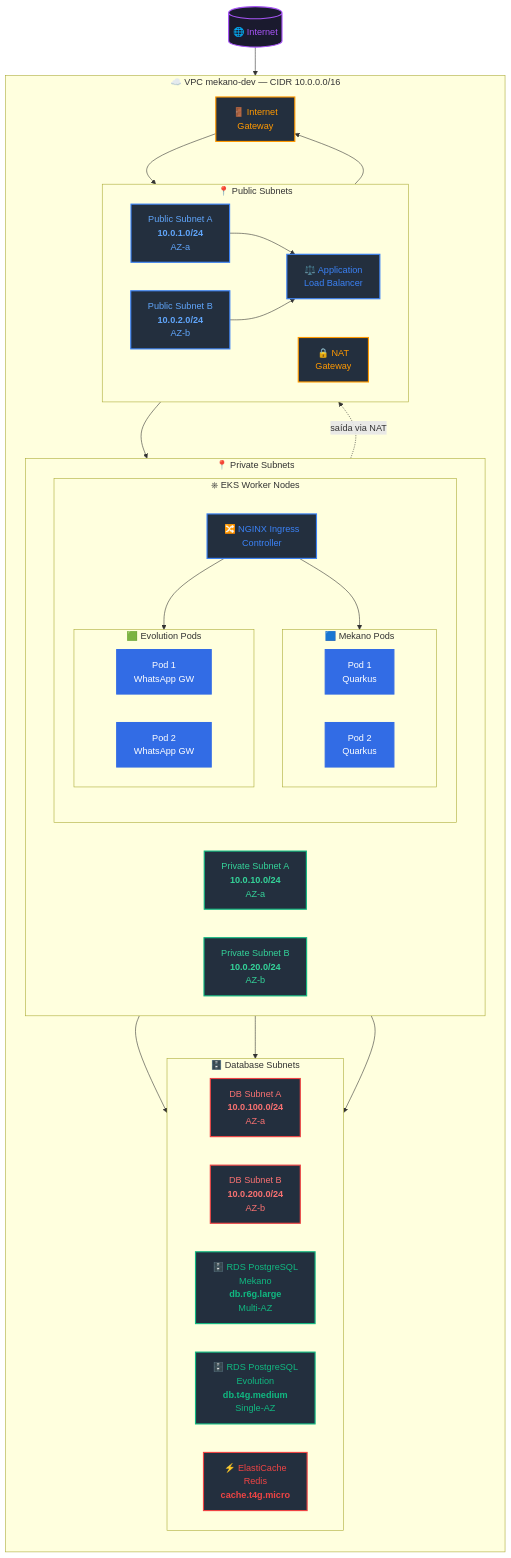
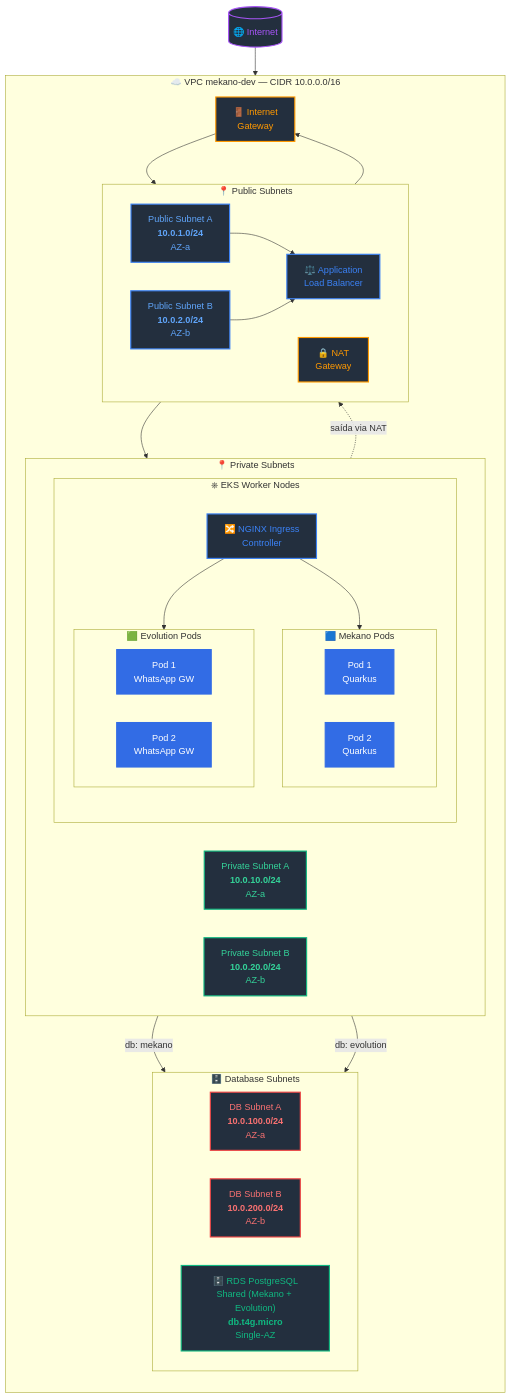
The first of 3 diagrams in docs/aws-infrastructure/vpc-scope-architecture.md (FIAP-SOFTWARE-ARCHITECTURE-TEAM/Mekano-API), drawn with Mermaid before and after one commit. The commit also changed other lines of this file and 1 other file, not shown here.

Commit message:
feat: update VPC and global architecture diagrams for shared database integration

````diff
--- a/docs/aws-infrastructure/vpc-scope-architecture.md
+++ b/docs/aws-infrastructure/vpc-scope-architecture.md
@@ -13,8 +13,7 @@
     classDef aws_network fill:#232f3e,color:#ff9900,stroke:#ff9900,stroke-width:2px
     classDef aws_compute fill:#232f3e,color:#3b82f6,stroke:#3b82f6,stroke-width:2px
     classDef aws_database fill:#232f3e,color:#10b981,stroke:#10b981,stroke-width:2px
-    classDef aws_cache fill:#232f3e,color:#ef4444,stroke:#ef4444,stroke-width:2px
-    classDef external fill:#1a1a2e,color:#a855f7,stroke:#a855f7,stroke-width:2px
+    classDef external fill:#232f3e,color:#a855f7,stroke:#a855f7,stroke-width:2px
     classDef k8s fill:#326ce5,color:#fff,stroke:#326ce5,stroke-width:2px
     classDef public_subnet fill:#232f3e,color:#60a5fa,stroke:#3b82f6,stroke-width:2px
     classDef private_subnet fill:#232f3e,color:#34d399,stroke:#10b981,stroke-width:2px
@@ -62,9 +61,7 @@
             SUB_DA["DB Subnet A<br/><b>10.0.100.0/24</b><br/>AZ-a"]
             SUB_DB["DB Subnet B<br/><b>10.0.200.0/24</b><br/>AZ-b"]
 
-            RDS_MEK["🗄️ RDS PostgreSQL<br/>Mekano<br/><b>db.r6g.large</b><br/>Multi-AZ"]
-            RDS_EVO["🗄️ RDS PostgreSQL<br/>Evolution<br/><b>db.t4g.medium</b><br/>Single-AZ"]
-            REDIS["⚡ ElastiCache<br/>Redis<br/><b>cache.t4g.micro</b>"]
+            RDS["🗄️ RDS PostgreSQL<br/>Shared (Mekano + Evolution)<br/><b>db.t4g.micro</b><br/>Single-AZ"]
         end
     end
 
@@ -75,9 +72,8 @@
     ALB --> INGRESS
     INGRESS --> MEKANO_PODS
     INGRESS --> EVOLUTION_PODS
-    MEKANO_PODS --> RDS_MEK
-    EVOLUTION_PODS --> RDS_EVO
-    EVOLUTION_PODS --> REDIS
+    MEKANO_PODS -->|"db: mekano"| RDS
+    EVOLUTION_PODS -->|"db: evolution"| RDS
     PRIVATE -.->|"saída via NAT"| NAT
     NAT --> IGW
 
@@ -88,6 +84,5 @@
     class SUB_DA,SUB_DB db_subnet
     class ALB,INGRESS aws_compute
     class PM1,PM2,PE1,PE2 k8s
-    class RDS_MEK,RDS_EVO aws_database
-    class REDIS aws_cache
+    class RDS aws_database
 ```
````
